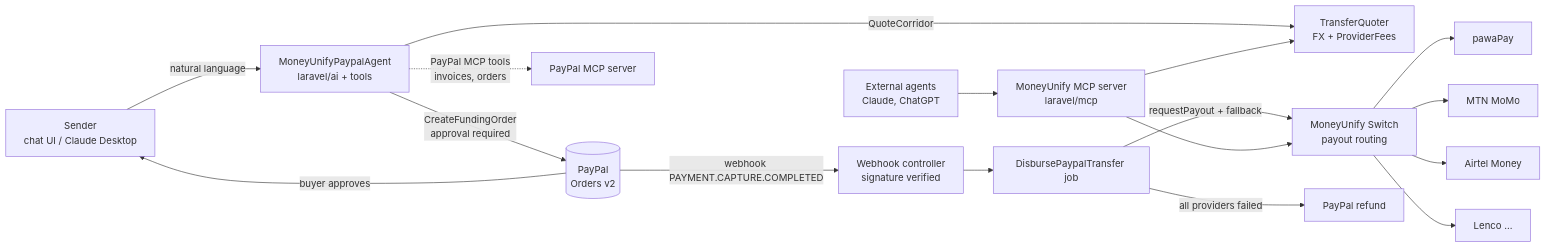
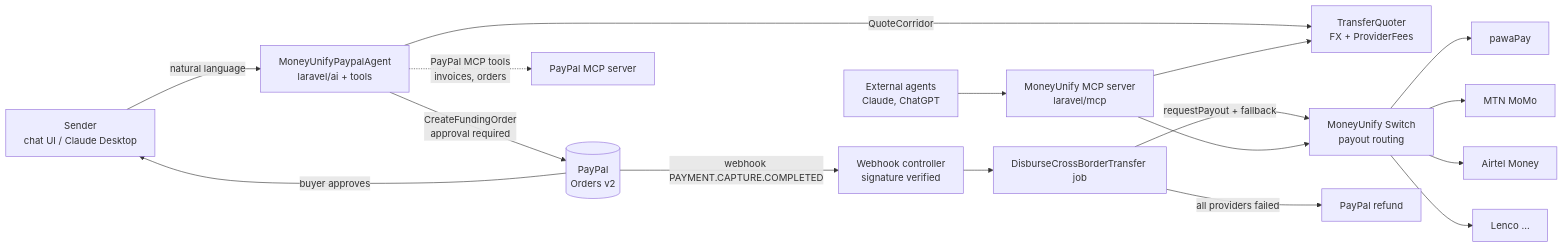
The diagram in IMPLEMENTATION_GUIDE.md (blessedjasonmwanza/mu-switch-paypal), drawn with Mermaid before and after one commit. The commit also changed other lines of this file and 20 other files, not shown here.

First line of the commit message:
feat: add cross-border transfers from PayPal to mobile money

````diff
--- a/IMPLEMENTATION_GUIDE.md
+++ b/IMPLEMENTATION_GUIDE.md
@@ -35,15 +35,15 @@
 ```mermaid
 flowchart LR
     S[Sender<br/>chat UI / Claude Desktop] -->|natural language| A[MoneyUnifyPaypalAgent<br/>laravel/ai + tools]
     A -->|QuoteCorridor| Q[TransferQuoter<br/>FX + ProviderFees]
     A -->|CreateFundingOrder<br/>approval required| PP[(PayPal<br/>Orders v2)]
     A -.->|PayPal MCP tools<br/>invoices, orders| PPM[PayPal MCP server]
     PP -->|buyer approves| S
     PP -->|webhook PAYMENT.CAPTURE.COMPLETED| W[Webhook controller<br/>signature verified]
-    W --> J[DisbursePaypalTransfer job]
+    W --> J[DisburseCrossBorderTransfer job]
     J -->|requestPayout + fallback| SW[MoneyUnify Switch<br/>payout routing]
     SW --> P1[pawaPay] & P2[MTN MoMo] & P3[Airtel Money] & P4[Lenco ...]
     J -->|all providers failed| R[PayPal refund]
     M[MoneyUnify MCP server<br/>laravel/mcp] --> Q & SW
     X[External agents<br/>Claude, ChatGPT] --> M
 ```
````
